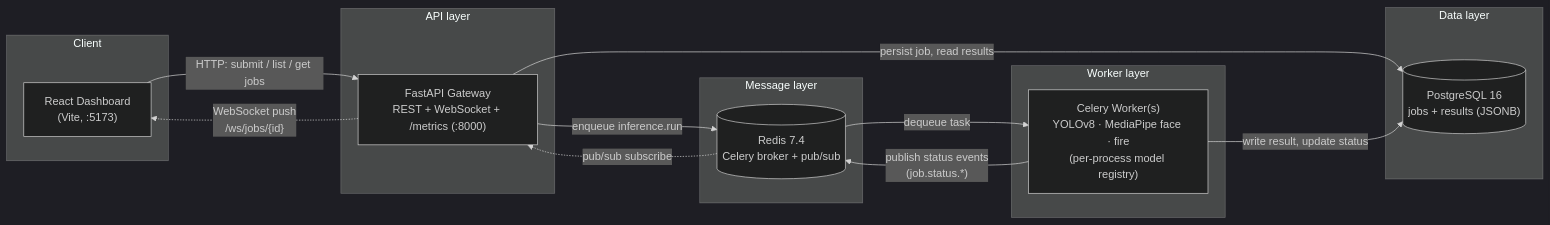
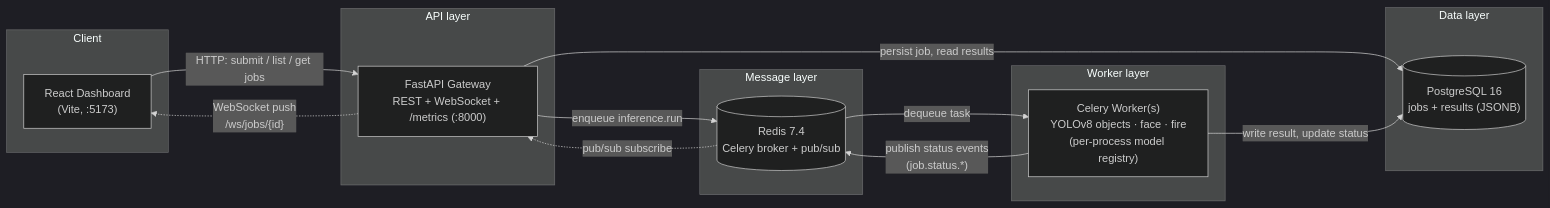
Before and after one commit to rajrahul1106/cv-inference-service: the diagram in README.md, drawn with Mermaid (dark theme). The commit also changed other lines of this file and 4 other files, not shown here.

First line of the commit message:
feat: swap mediapipe for yolov8-face pretrained model

````diff
--- a/README.md
+++ b/README.md
@@ -9,32 +9,32 @@
 ```mermaid
 %% All services run under Docker Compose (infra/docker-compose.yml).
 flowchart LR
     subgraph client["Client"]
         browser["React Dashboard<br/>(Vite, :5173)"]
     end
 
     subgraph api_layer["API layer"]
         api["FastAPI Gateway<br/>REST + WebSocket + /metrics (:8000)"]
     end
 
     subgraph message_layer["Message layer"]
         redis[("Redis 7.4<br/>Celery broker + pub/sub")]
     end
 
     subgraph worker_layer["Worker layer"]
-        worker["Celery Worker(s)<br/>YOLOv8 · MediaPipe face · fire<br/>(per-process model registry)"]
+        worker["Celery Worker(s)<br/>YOLOv8 objects · face · fire<br/>(per-process model registry)"]
     end
 
     subgraph data_layer["Data layer"]
         postgres[("PostgreSQL 16<br/>jobs + results (JSONB)")]
     end
 
     browser -- "HTTP: submit / list / get jobs" --> api
     api -- "persist job, read results" --> postgres
     api -- "enqueue inference.run" --> redis
     redis -- "dequeue task" --> worker
     worker -- "write result, update status" --> postgres
     worker -- "publish status events<br/>(job.status.*)" --> redis
     redis -. "pub/sub subscribe" .-> api
     api -. "WebSocket push<br/>/ws/jobs/{id}" .-> browser
 ```
````
